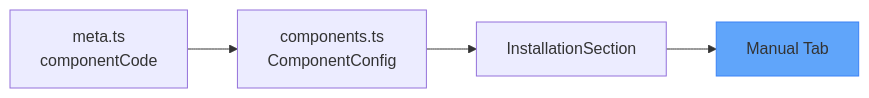
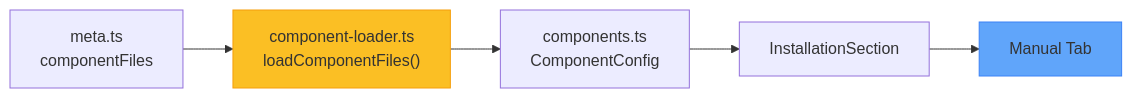
The fourth of 7 diagrams in docs/COMPONENT_ARCHITECTURE.md (bhaveshsinghal95182/messy-ui), drawn with Mermaid before and after one commit. The commit also changed other lines of this file and 17 other files, not shown here.

First line of the commit message:
feat: changed the component code usage

````diff
--- a/docs/COMPONENT_ARCHITECTURE.md
+++ b/docs/COMPONENT_ARCHITECTURE.md
@@ -192,8 +197,10 @@
 ```mermaid
 flowchart LR
-    META["meta.ts<br/>componentCode"] --> CONFIG["components.ts<br/>ComponentConfig"]
+    META["meta.ts<br/>componentFiles"] --> LOADER["component-loader.ts<br/>loadComponentFiles()"]
+    LOADER --> CONFIG["components.ts<br/>ComponentConfig"]
     CONFIG --> INSTALL["InstallationSection"]
     INSTALL --> MANUAL["Manual Tab"]
     
+    style LOADER fill:#fbbf24,stroke:#f59e0b
     style MANUAL fill:#60a5fa,stroke:#3b82f6
 ```
````
